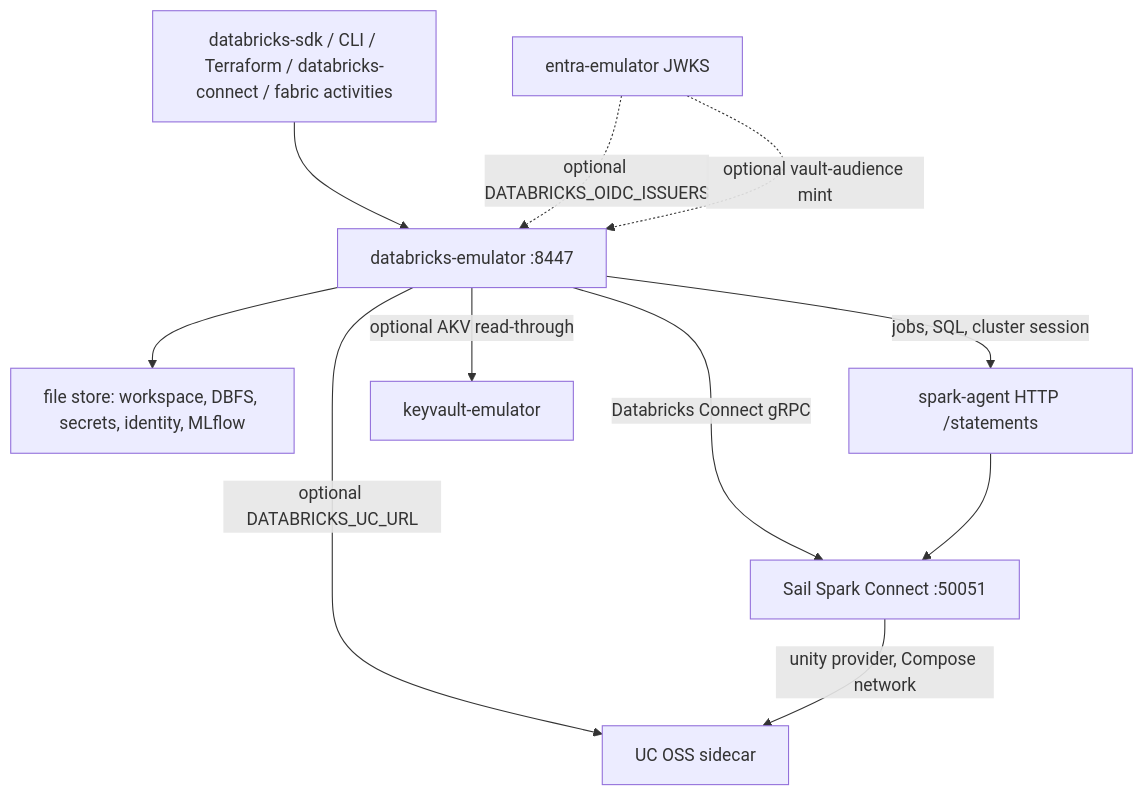
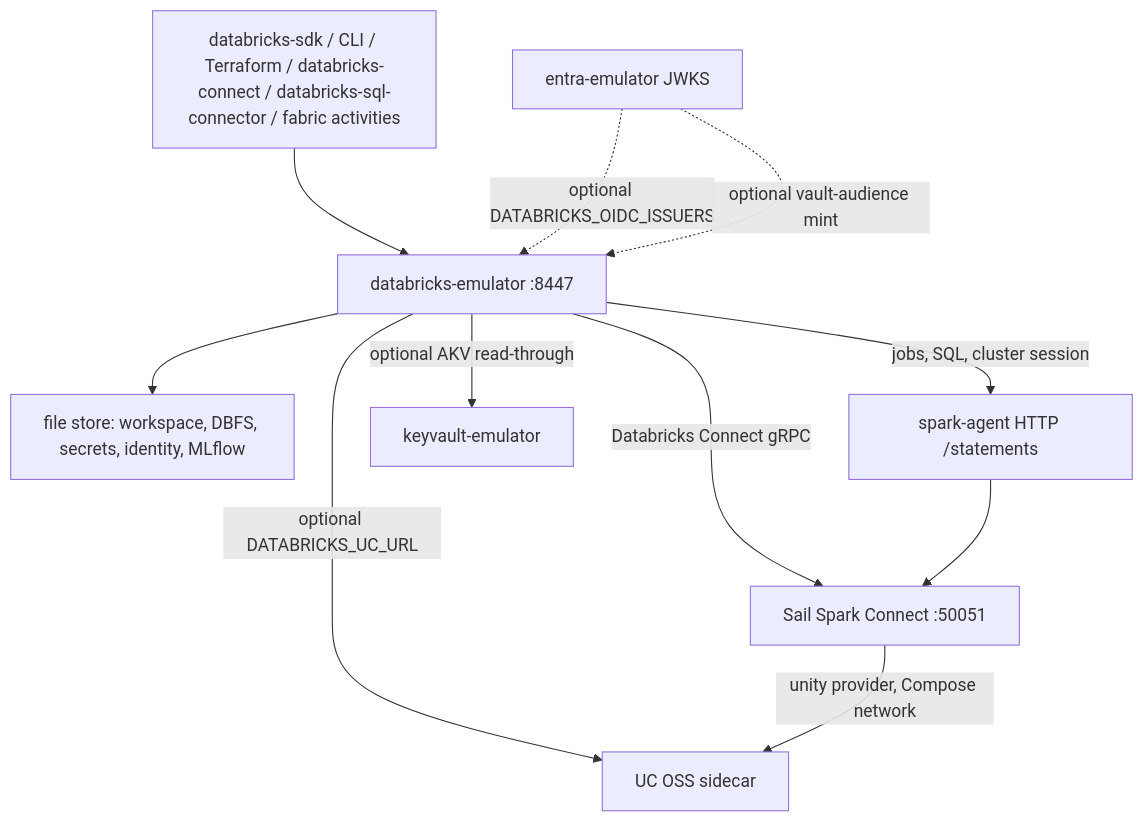
The diagram in docs/03-architecture.md (calvinchengx/databricks-emulator), drawn with Mermaid before and after one commit. The commit also changed other lines of this file and 30 other files, not shown here.

First line of the commit message:
Witness warehouse SQL with unmodified databricks-sql-connector. (#21)

````diff
--- a/docs/03-architecture.md
+++ b/docs/03-architecture.md
@@ -10,21 +10,21 @@
 ```mermaid
 graph TD
-  clients["databricks-sdk / CLI / Terraform / databricks-connect / fabric activities"]
+  clients["databricks-sdk / CLI / Terraform / databricks-connect / databricks-sql-connector / fabric activities"]
   ws["databricks-emulator :8447"]
   store["file store: workspace, DBFS, secrets, identity, MLflow"]
   agent["spark-agent HTTP /statements"]
   sail["Sail Spark Connect :50051"]
   uc["UC OSS sidecar"]
   kv["keyvault-emulator"]
   entra["entra-emulator JWKS"]
   clients --> ws
   ws --> store
   ws -->|"jobs, SQL, cluster session"| agent
   ws -->|"Databricks Connect gRPC"| sail
   agent --> sail
   ws -->|"optional DATABRICKS_UC_URL"| uc
   sail -->|"unity provider, Compose network"| uc
   ws -->|"optional AKV read-through"| kv
   entra -.->|"optional DATABRICKS_OIDC_ISSUERS"| ws
   entra -.->|"optional vault-audience mint"| ws
 ```
````
